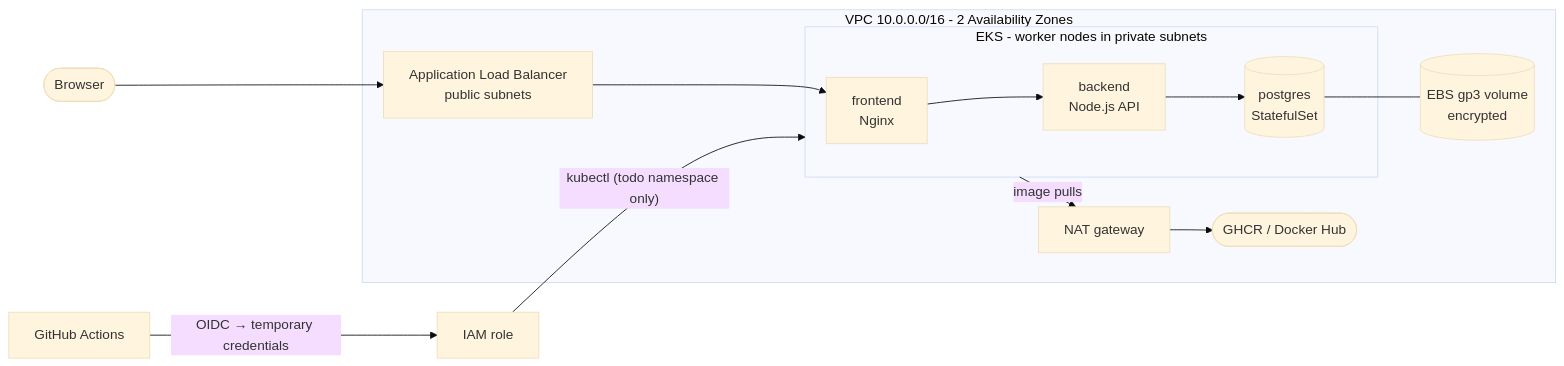
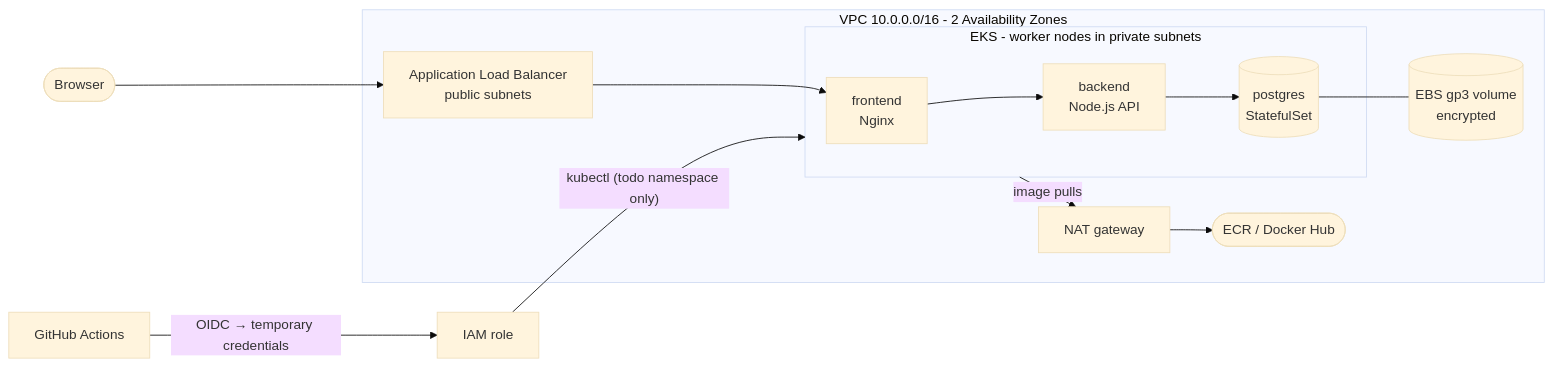
Before and after one commit to tehtipsy/todo-devops: the diagram in terraform/README.md, drawn with Mermaid (base theme). The commit also changed other lines of this file and 1 other file, not shown here.

First line of the commit message:
docs: describe the ECR promotion in the pipeline

````diff
--- a/terraform/README.md
+++ b/terraform/README.md
@@ -29,16 +29,16 @@
 ```mermaid
 flowchart LR
     user([Browser]) --> alb[Application Load Balancer<br/>public subnets]
 
     subgraph vpc [VPC 10.0.0.0/16 - 2 Availability Zones]
         alb --> nginx
         subgraph eks [EKS - worker nodes in private subnets]
             nginx[frontend<br/>Nginx] --> api[backend<br/>Node.js API]
             api --> pg[(postgres<br/>StatefulSet)]
         end
         pg --- ebs[(EBS gp3 volume<br/>encrypted)]
-        eks -- image pulls --> nat[NAT gateway] --> internet([GHCR / Docker Hub])
+        eks -- image pulls --> nat[NAT gateway] --> internet([ECR / Docker Hub])
     end
 
     gha[GitHub Actions] -- "OIDC → temporary credentials" --> iam[IAM role] -- "kubectl (todo namespace only)" --> eks
 ```
````
